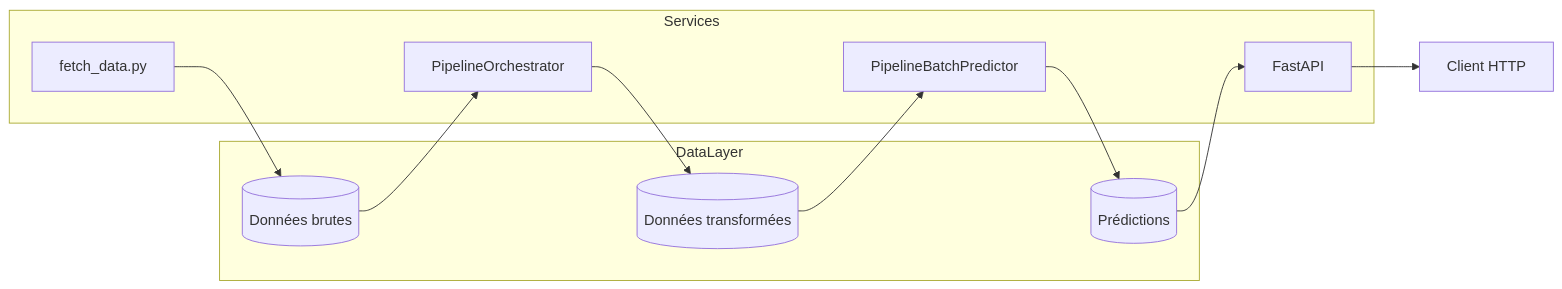
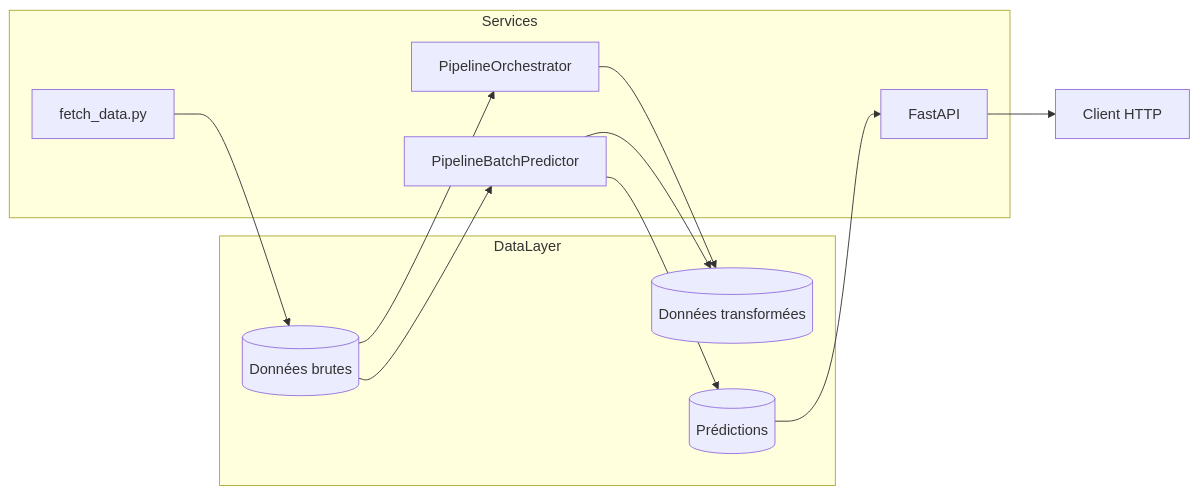
The second of 2 diagrams in README.md (2024-2025-estia-bihar/mesp2-laurent-sini), drawn with Mermaid before and after one commit. The commit also changed 1 other file, not shown here.

Commit message:
fix: - correction du graphe dans le README (ajout et réorganisation des liens). - déplacement de la sauvegarde des données dans `PipelineBatchPredictor`.

````diff
--- a/README.md
+++ b/README.md
@@ -57,23 +57,24 @@
 ```mermaid
 graph LR
     subgraph DataLayer
         DB1[(Données brutes)]
         DB2[(Données transformées)]
         DB3[(Prédictions)]
     end
 
     subgraph Services
         FD[fetch_data.py]
         OR[PipelineOrchestrator]
         BP[PipelineBatchPredictor]
         API[FastAPI]
     end
 
     FD --> DB1
     DB1 --> OR
+    DB1 --> BP
     OR --> DB2
-    DB2 --> BP
+    BP --> DB2
     BP --> DB3
     DB3 --> API
     API --> Client[Client HTTP]
 ```
````
